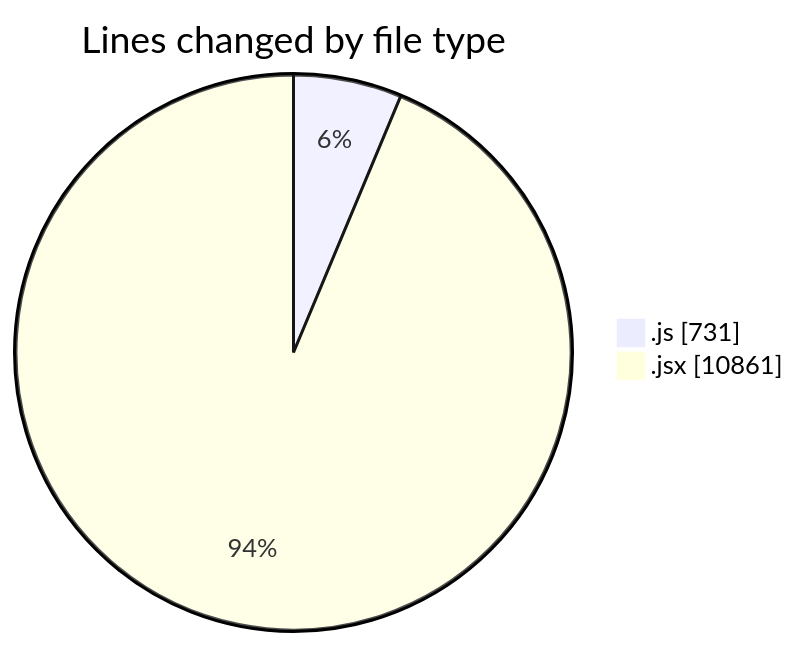
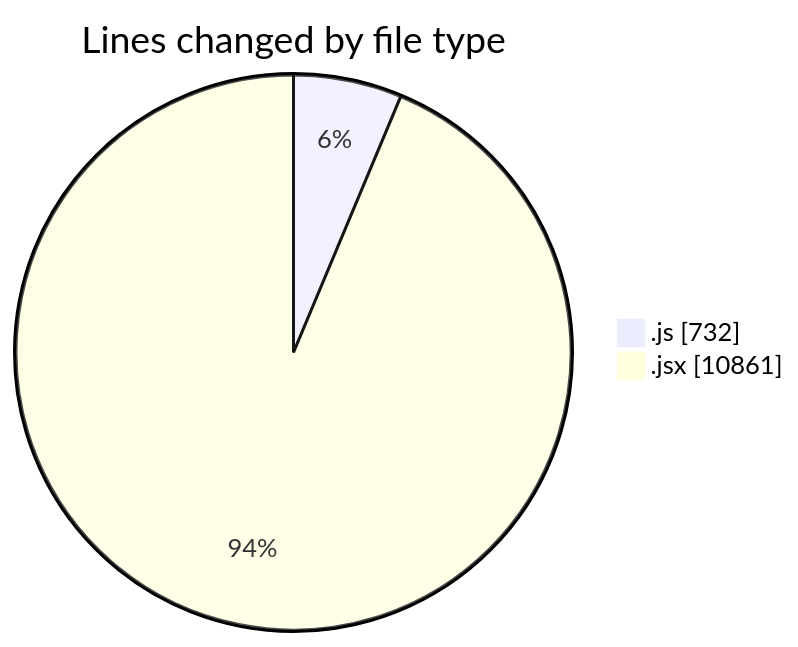
Before and after one commit to nxtqubesakshisongat/code-tracking: the first of 2 diagrams in 2025-07-28/nxtqube_webapp/README.md, drawn with Mermaid. The commit also changed other lines of this file and 1 other file, not shown here.

````diff
--- a/2025-07-28/nxtqube_webapp/README.md
+++ b/2025-07-28/nxtqube_webapp/README.md
@@ -47,6 +47,6 @@
 ```mermaid
 pie showData
 title Lines changed by file type
-".js" : 731
+".js" : 732
 ".jsx" : 10861
 ```
````
